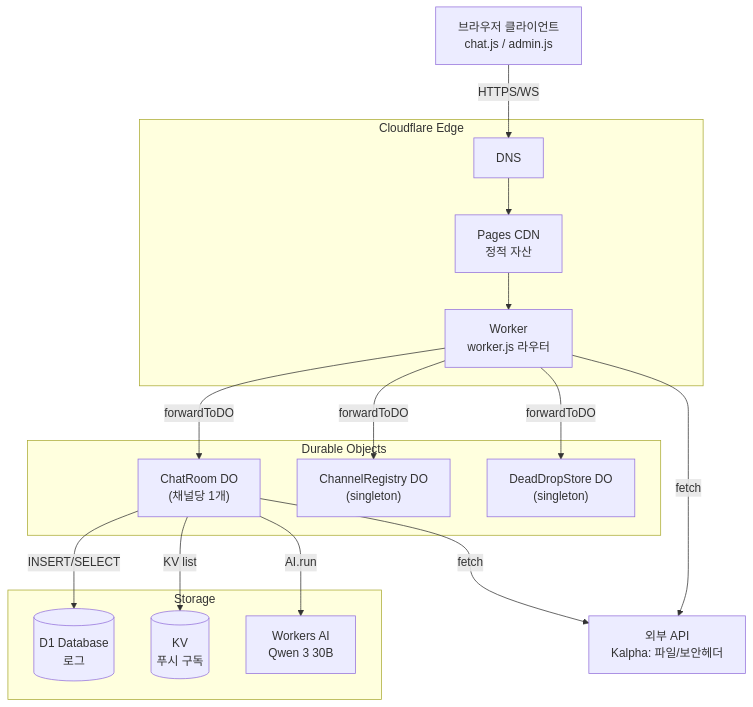
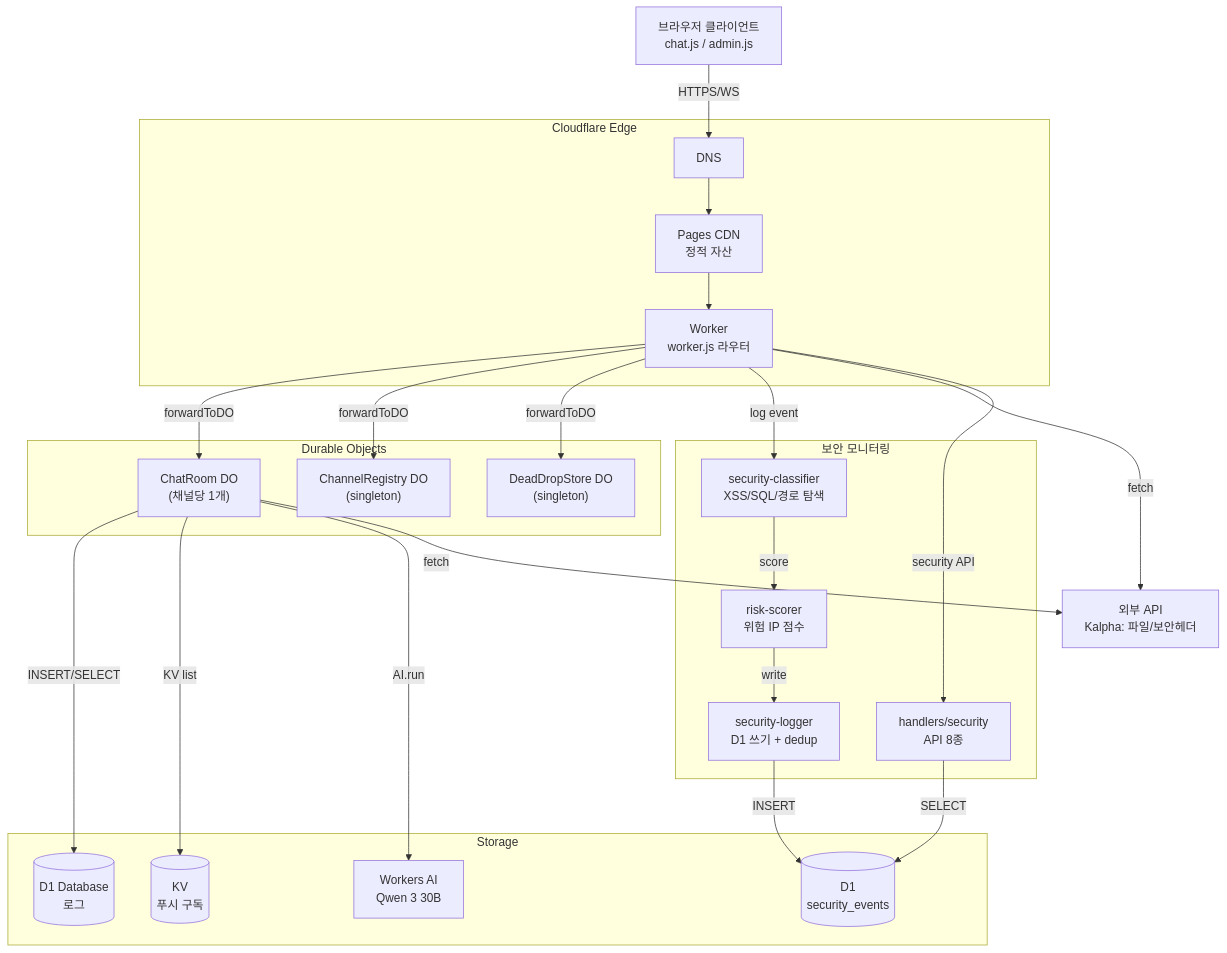
One commit to gguatit/Anonymous_Chat changed the first of 7 diagrams in docs/ARCHITECTURE.md. Above: the diagram before and after it, drawn with Mermaid. The commit also changed other lines of this file and 4 other files, not shown here.

````diff
--- a/docs/ARCHITECTURE.md
+++ b/docs/ARCHITECTURE.md
@@ -21,39 +21,53 @@
 ```mermaid
 flowchart TB
     Client[브라우저 클라이언트<br/>chat.js / admin.js]
 
     subgraph Edge["Cloudflare Edge"]
         DNS[DNS]
         Pages[Pages CDN<br/>정적 자산]
         Worker[Worker<br/>worker.js 라우터]
     end
 
     subgraph DO["Durable Objects"]
         ChatRoom["ChatRoom DO<br/>(채널당 1개)"]
         ChannelReg["ChannelRegistry DO<br/>(singleton)"]
         DeadDrop["DeadDropStore DO<br/>(singleton)"]
     end
 
     subgraph Storage["Storage"]
         D1[(D1 Database<br/>로그)]
+        D1_sec[(D1<br/>security_events)]
         KV[(KV<br/>푸시 구독)]
         AI[Workers AI<br/>Qwen 3 30B]
     end
 
     External[외부 API<br/>Kalpha: 파일/보안헤더]
+
+    subgraph Security["보안 모니터링"]
+        Classifier[security-classifier<br/>XSS/SQL/경로 탐색]
+        Scorer[risk-scorer<br/>위험 IP 점수]
+        SecLogger[security-logger<br/>D1 쓰기 + dedup]
+        SecAPI[handlers/security<br/>API 8종]
+    end
 
     Client -->|HTTPS/WS| DNS
     DNS --> Pages
     Pages --> Worker
 
     Worker -->|forwardToDO| ChatRoom
     Worker -->|forwardToDO| ChannelReg
     Worker -->|forwardToDO| DeadDrop
 
     ChatRoom -->|INSERT/SELECT| D1
     ChatRoom -->|KV list| KV
     ChatRoom -->|AI.run| AI
     ChatRoom -->|fetch| External
 
+    Worker -->|log event| Classifier
+    Classifier -->|score| Scorer
+    Scorer -->|write| SecLogger
+    SecLogger -->|INSERT| D1_sec
+    SecAPI -->|SELECT| D1_sec
     Worker -->|fetch| External
+    Worker -->|security API| SecAPI
 ```
````
